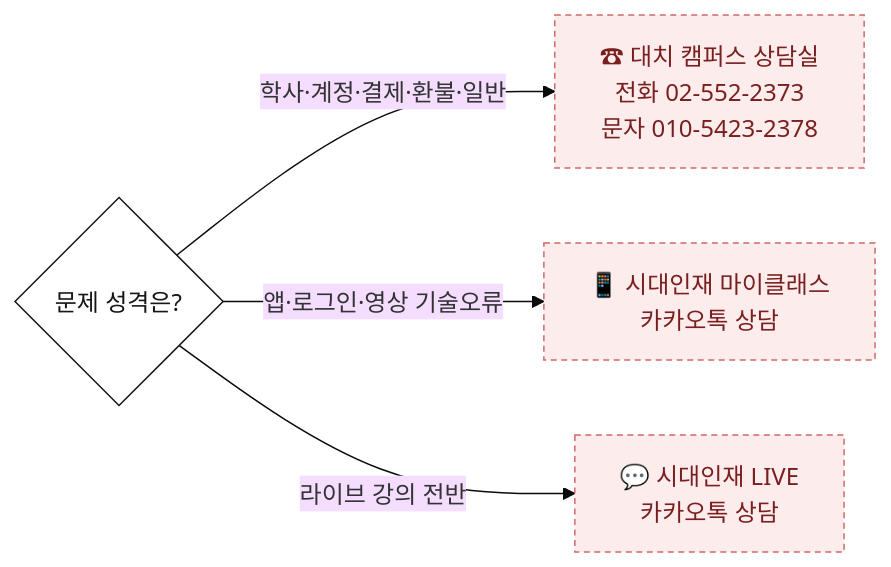
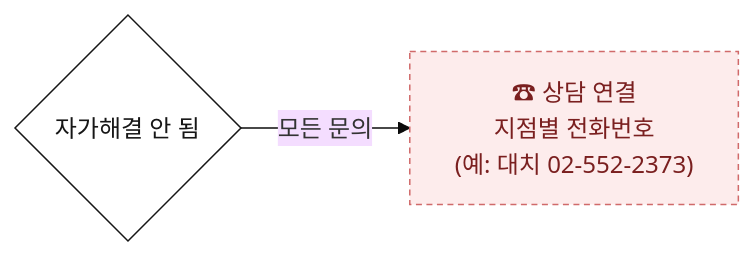
The third of 8 diagrams in analysis/myclass-chatbot/SCENARIO_PLAN.md (layr8x/Wiki), drawn with Mermaid (base theme) before and after one commit. The commit also changed other lines of this file and 15 other files, not shown here.

````diff
--- a/analysis/myclass-chatbot/SCENARIO_PLAN.md
+++ b/analysis/myclass-chatbot/SCENARIO_PLAN.md
@@ -97,9 +93,7 @@
 ```mermaid
 flowchart LR
-  Q{"문제 성격은?"}:::step
-  Q -->|"학사·계정·결제·환불·일반"| C1["☎ 대치 캠퍼스 상담실<br/>전화 02-552-2373<br/>문자 010-5423-2378"]:::hand
-  Q -->|"앱·로그인·영상 기술오류"| C2["📱 시대인재 마이클래스<br/>카카오톡 상담"]:::hand
-  Q -->|"라이브 강의 전반"| C3["💬 시대인재 LIVE<br/>카카오톡 상담"]:::hand
+  Q{"자가해결 안 됨"}:::step
+  Q -->|"모든 문의"| C1["☎ 상담 연결<br/>지점별 전화번호<br/>(예: 대치 02-552-2373)"]:::hand
   classDef step fill:#ffffff,color:#161616,stroke:#161616;
   classDef hand fill:#fdecec,color:#7a1f1f,stroke:#d06a6a,stroke-dasharray:4 3;
 ```
````
